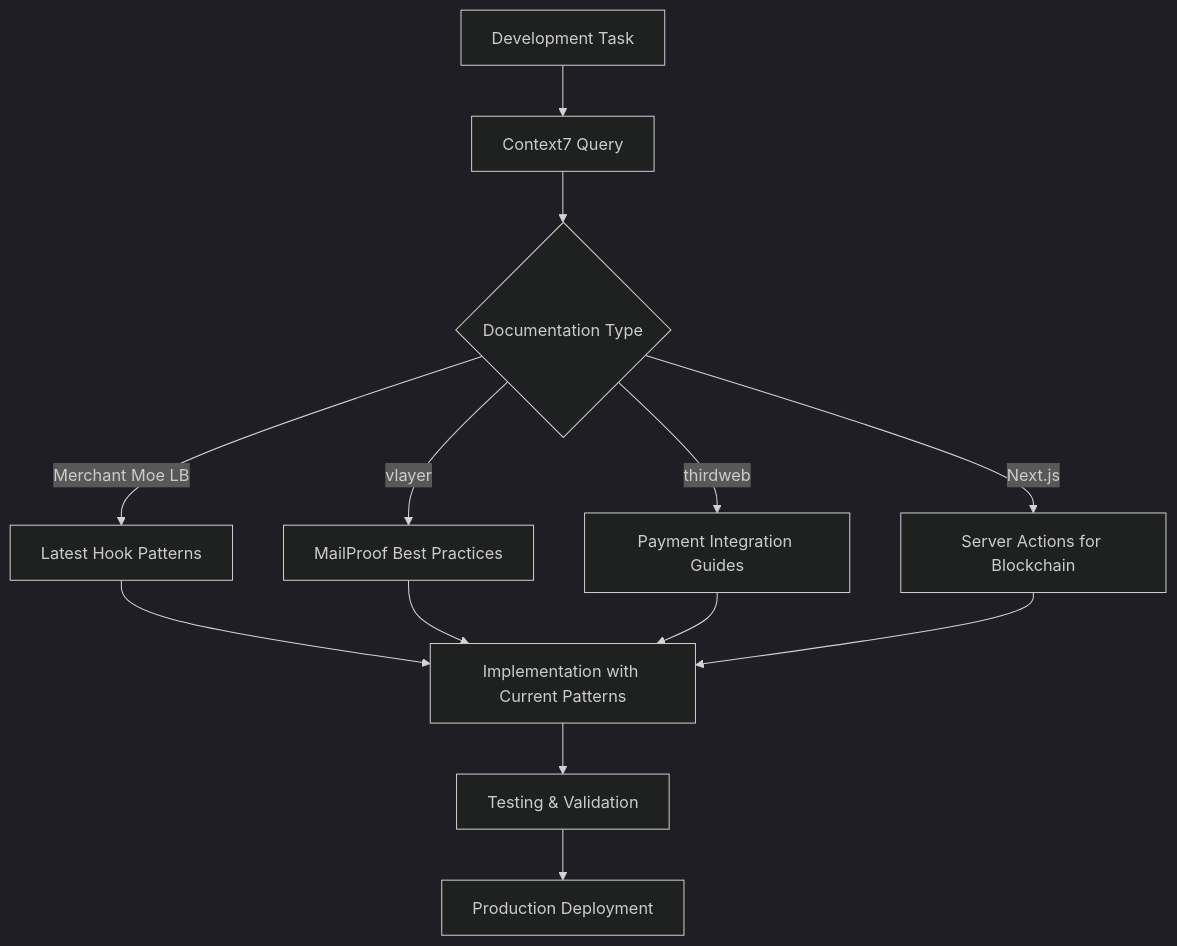
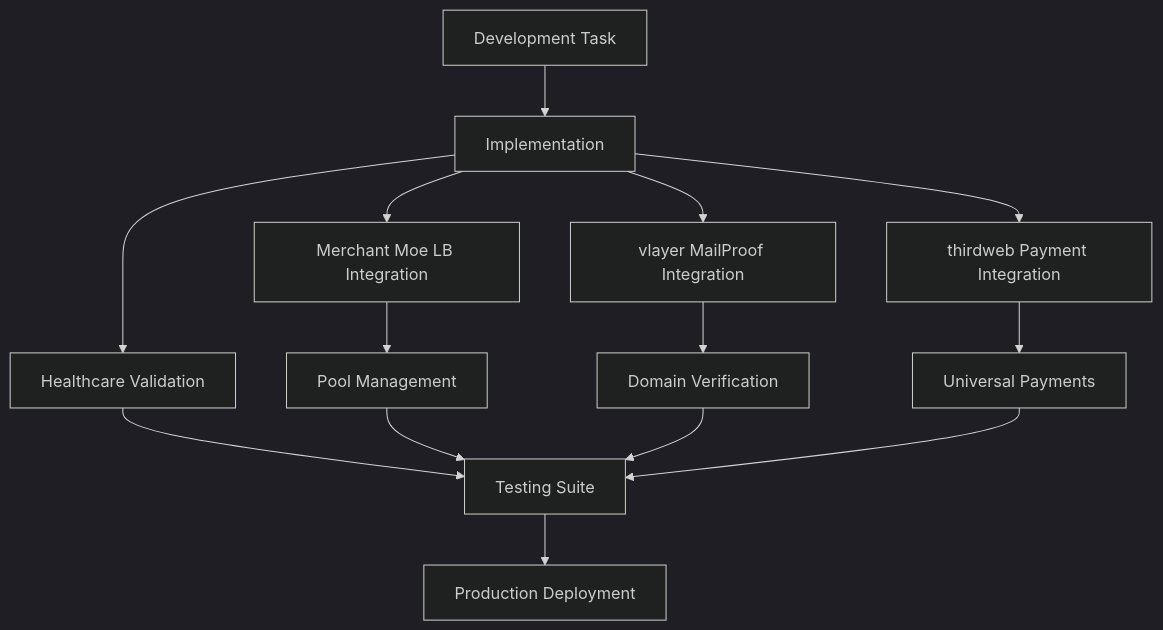
Before and after one commit to ppezzull/zkMed: the sixth of 8 diagrams in memory-bank/systemPatterns.md, drawn with Mermaid (dark theme). The commit also changed other lines of this file and 5 other files, not shown here.

````diff
--- a/memory-bank/systemPatterns.md
+++ b/memory-bank/systemPatterns.md
@@ -265,18 +265,20 @@
 ```mermaid
 graph TB
-    A[Development Task] --> B[Context7 Query]
-    B --> C{Documentation Type}
+    A[Development Task] --> B[Implementation]
+    B --> C[Healthcare Validation]
+    C --> D[Testing Suite]
     
-    C -->|Merchant Moe LB| D[Latest Hook Patterns]
-    C -->|vlayer| E[MailProof Best Practices]
-    C -->|thirdweb| F[Payment Integration Guides]
-    C -->|Next.js| G[Server Actions for Blockchain]
+    B --> E[Merchant Moe LB Integration]
+    B --> F[vlayer MailProof Integration]
+    B --> G[thirdweb Payment Integration]
     
-    D --> H[Implementation with Current Patterns]
-    E --> H
-    F --> H
-    G --> H
+    E --> H[Pool Management]
+    F --> I[Domain Verification]
+    G --> J[Universal Payments]
     
-    H --> I[Testing & Validation]
-    I --> J[Production Deployment]
+    H --> D
+    I --> D
+    J --> D
+    
+    D --> K[Production Deployment]
 ```
````
